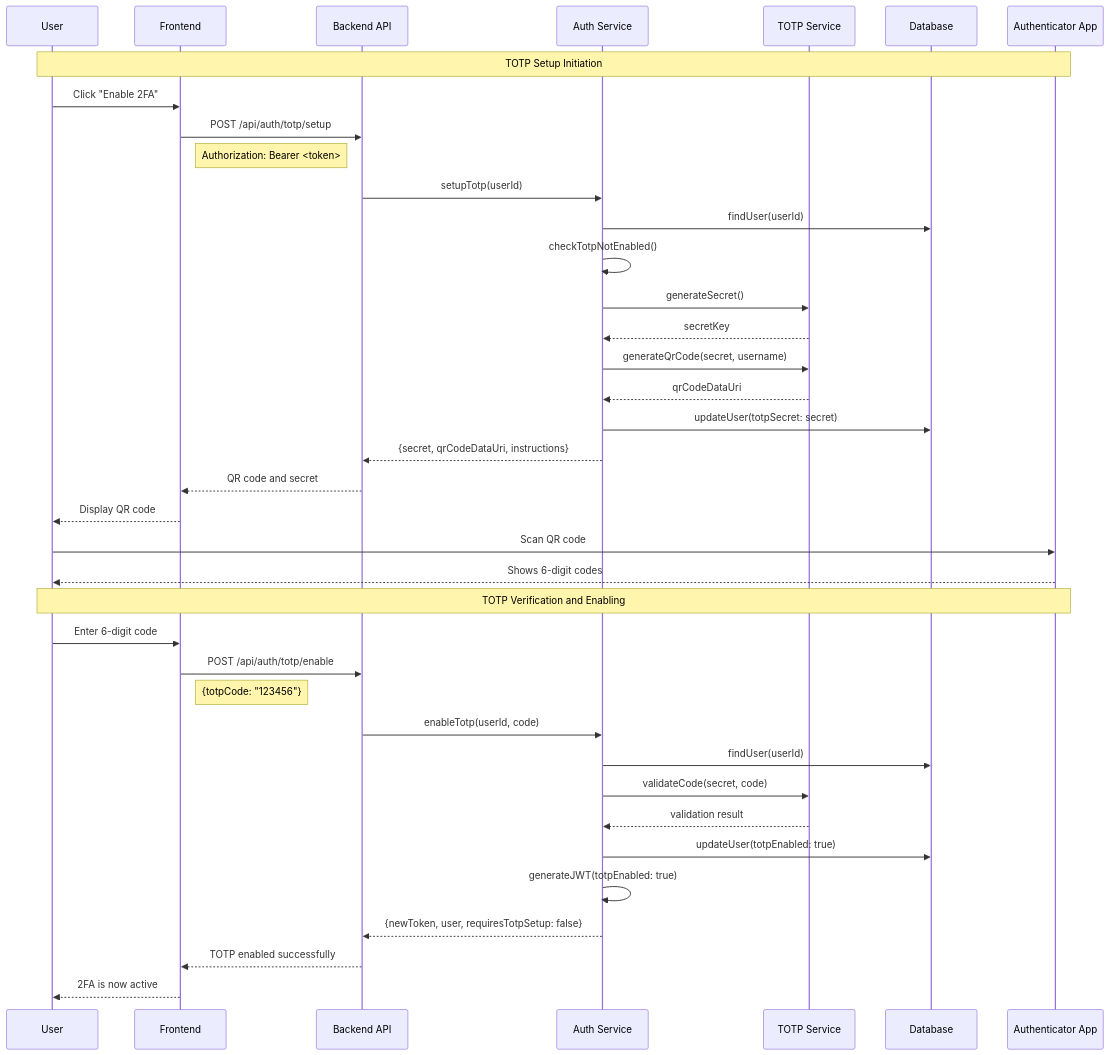
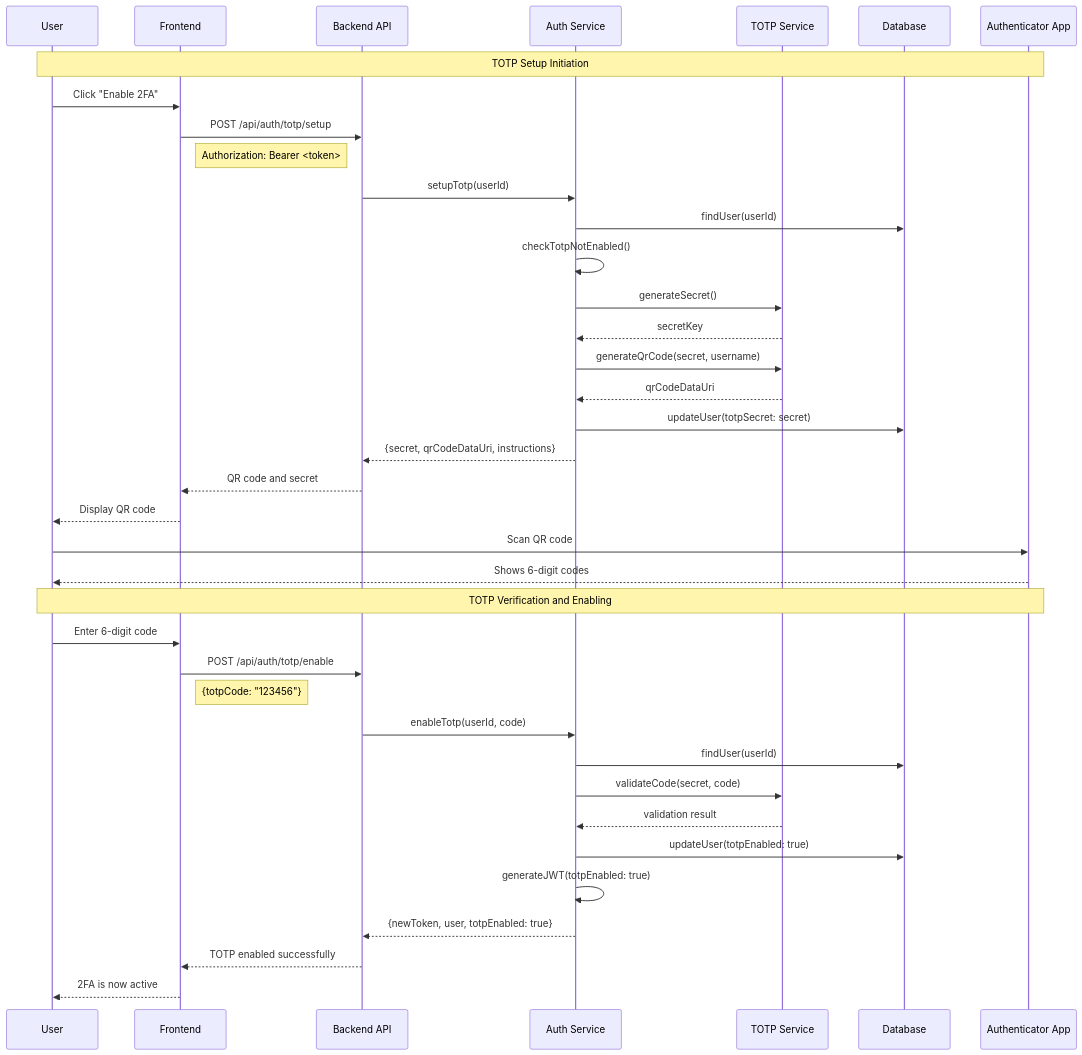
One commit to caseythecoder90/backend-study-app changed the second of 5 diagrams in docs/TOTP-Enterprise-Flow.md. Above: the diagram before and after it, drawn with Mermaid. The commit also changed other lines of this file and 6 other files, not shown here.

````diff
--- a/docs/TOTP-Enterprise-Flow.md
+++ b/docs/TOTP-Enterprise-Flow.md
@@ -43,45 +43,45 @@
 ```mermaid
 sequenceDiagram
     participant U as User
     participant UI as Frontend
     participant API as Backend API
     participant Auth as Auth Service
     participant TOTP as TOTP Service
     participant DB as Database
     participant App as Authenticator App
 
     Note over U,App: TOTP Setup Initiation
     U->>UI: Click "Enable 2FA"
     UI->>API: POST /api/auth/totp/setup
     Note right of UI: Authorization: Bearer <token>
 
     API->>Auth: setupTotp(userId)
     Auth->>DB: findUser(userId)
     Auth->>Auth: checkTotpNotEnabled()
     Auth->>TOTP: generateSecret()
     TOTP-->>Auth: secretKey
     Auth->>TOTP: generateQrCode(secret, username)
     TOTP-->>Auth: qrCodeDataUri
     Auth->>DB: updateUser(totpSecret: secret)
     Auth-->>API: {secret, qrCodeDataUri, instructions}
     API-->>UI: QR code and secret
 
     UI-->>U: Display QR code
     U->>App: Scan QR code
     App-->>U: Shows 6-digit codes
 
     Note over U,App: TOTP Verification and Enabling
     U->>UI: Enter 6-digit code
     UI->>API: POST /api/auth/totp/enable
     Note right of UI: {totpCode: "123456"}
 
     API->>Auth: enableTotp(userId, code)
     Auth->>DB: findUser(userId)
     Auth->>TOTP: validateCode(secret, code)
     TOTP-->>Auth: validation result
     Auth->>DB: updateUser(totpEnabled: true)
     Auth->>Auth: generateJWT(totpEnabled: true)
-    Auth-->>API: {newToken, user, requiresTotpSetup: false}
+    Auth-->>API: {newToken, user, totpEnabled: true}
     API-->>UI: TOTP enabled successfully
     UI-->>U: 2FA is now active
 ```
````
